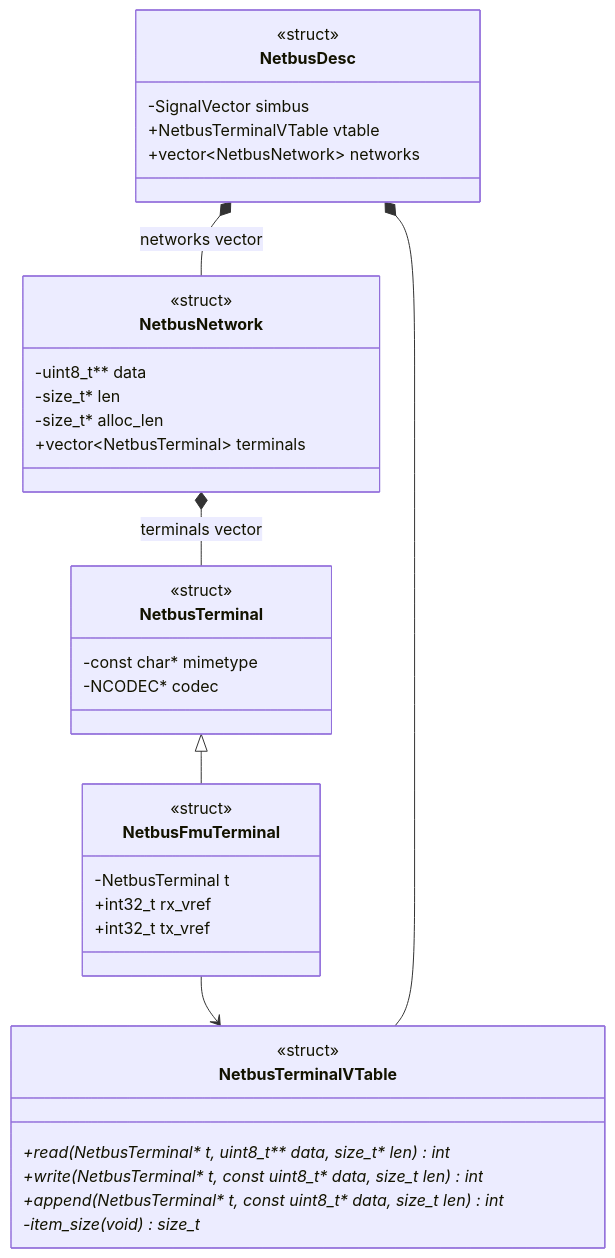
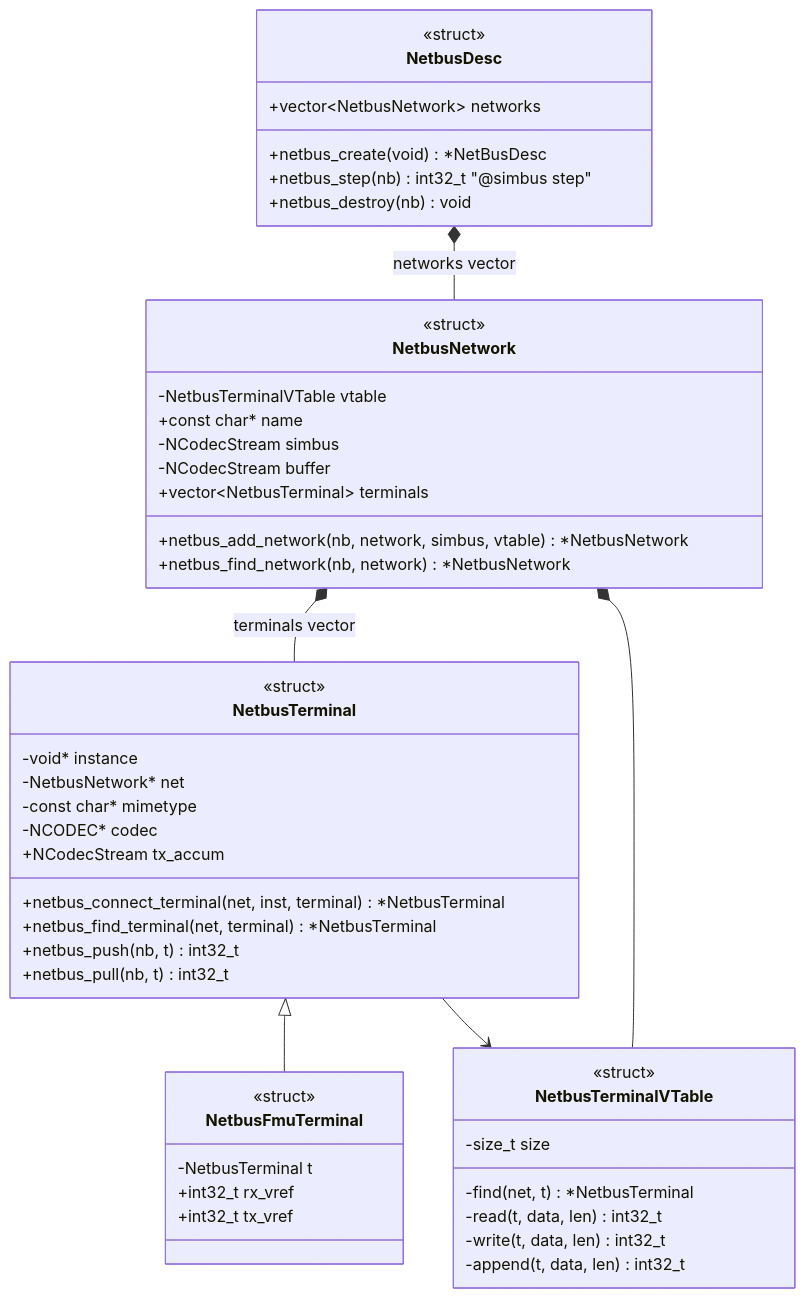
One commit to boschglobal/dse.ncodec changed the second of 3 diagrams in doc/content/docs/arch/netbus/index.md. Above: the diagram before and after it, drawn with Mermaid. The commit also changed other lines of this file, not shown here.

Commit message:
Netbus design diagrams.

````diff
--- a/doc/content/docs/arch/netbus/index.md
+++ b/doc/content/docs/arch/netbus/index.md
@@ -89,51 +90,76 @@
 ```mermaid
 ---
 config:
   class:
     hierarchicalNamespaces: false
 ---
 classDiagram
     class NetbusTerminalVTable {
         <<struct>>
-        +read(NetbusTerminal* t, uint8_t** data, size_t* len) int*
-        +write(NetbusTerminal* t, const uint8_t* data, size_t len) int*
-        +append(NetbusTerminal* t, const uint8_t* data, size_t len) int*
-        -item_size(void) size_t*
+        -size_t size
+
+        -find(net, t) *NetbusTerminal
+        -read(t, data, len) int32_t
+        -write(t, data, len) int32_t
+        -append(t, data, len) int32_t
     }
 
     class NetbusDesc {
         <<struct>>
-        -SignalVector simbus
-        +NetbusTerminalVTable vtable
         +vector~NetbusNetwork~ networks
+
+        +netbus_create(void) *NetBusDesc
+        +netbus_step(nb) int32_t "@simbus step"
+        +netbus_destroy(nb) void
     }
 
     class NetbusNetwork {
         <<struct>>
-        -uint8_t** data
-        -size_t* len
-        -size_t* alloc_len
+        %% vtable methods are network/implementation specific (i.e. FlexRay+FMU)
+        -NetbusTerminalVTable vtable
+        +const char* name
+        -NCodecStream simbus
+        %% tx from terminals, buffered before merge with simbus
+        -NCodecStream buffer
         +vector~NetbusTerminal~ terminals
+
+        +netbus_add_network(nb, network, simbus, vtable) *NetbusNetwork
+        +netbus_find_network(nb, network) *NetbusNetwork
     }
 
     class NetbusTerminal {
         <<struct>>
+        %% push/pull acts upon instance data
+        -void* instance
+        -NetbusNetwork* net
         -const char* mimetype
+        %% codec receives write/append
         -NCODEC* codec
+        %% tx_acc stream is appended by codec read, and reset on terminal read
+        +NCodecStream tx_accum
+
+        %% Provide (derived type) stack var cast to NetbusTerminal
+        +netbus_connect_terminal(net, inst, terminal) *NetbusTerminal
+        +netbus_find_terminal(net, terminal) *NetbusTerminal
+        %% push/pull call implementation specific vtable methods
+        +netbus_push(nb, t) int32_t
+        +netbus_pull(nb, t) int32_t
     }
 
     class NetbusFmuTerminal {
         <<struct>>
         -NetbusTerminal t
         +int32_t rx_vref
         +int32_t tx_vref
     }
 
 
 
     NetbusDesc *-- NetbusNetwork : networks vector
     NetbusNetwork *-- NetbusTerminal : terminals vector
-    NetbusFmuTerminal --> NetbusTerminalVTable
-    NetbusDesc *-- NetbusTerminalVTable
+    %% NetbusFmuTerminal --> NetbusTerminalVTable
+    NetbusNetwork *-- NetbusTerminalVTable
     NetbusTerminal <|-- NetbusFmuTerminal
+    NetbusTerminal --> NetbusTerminalVTable
+
 ```
````
